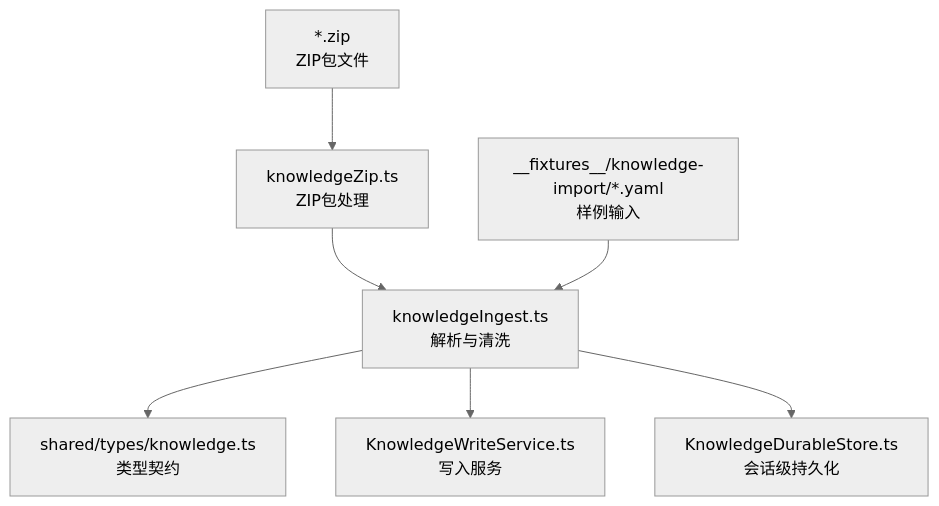
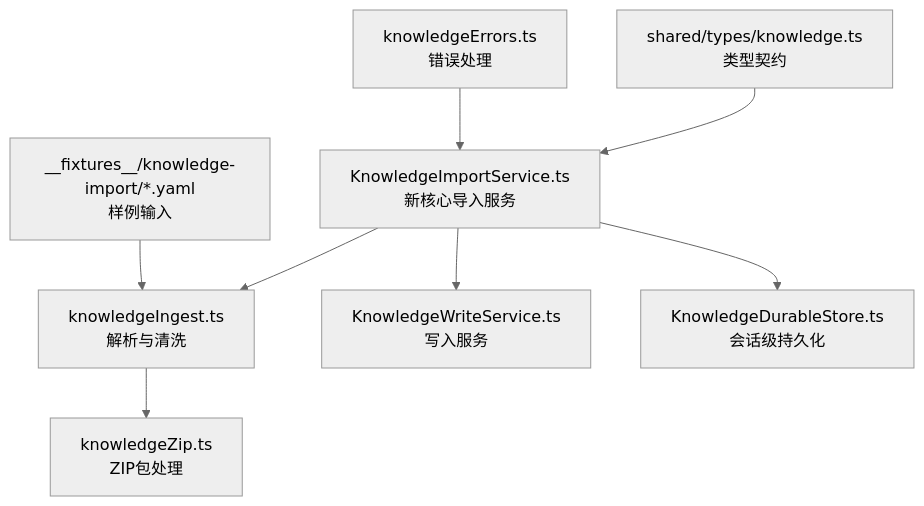
One commit to haolange/RDC-Agent changed the first of 4 diagrams in .qoder/repowiki/zh/content/架构设计/核心组件设计/知识编译服务设计/冷数据导入.md. Above: the diagram before and after it, drawn with Mermaid (neutral theme). The commit also changed other lines of this file and 6 other files, not shown here.

````diff
--- a/.qoder/repowiki/zh/content/架构设计/核心组件设计/知识编译服务设计/冷数据导入.md
+++ b/.qoder/repowiki/zh/content/架构设计/核心组件设计/知识编译服务设计/冷数据导入.md
@@ -46,9 +56,10 @@
 ```mermaid
 graph TB
-A["knowledgeIngest.ts<br/>解析与清洗"] --> B["shared/types/knowledge.ts<br/>类型契约"]
+A["KnowledgeImportService.ts<br/>新核心导入服务"] --> B["knowledgeIngest.ts<br/>解析与清洗"]
 A --> C["KnowledgeWriteService.ts<br/>写入服务"]
 A --> D["KnowledgeDurableStore.ts<br/>会话级持久化"]
-E["knowledgeZip.ts<br/>ZIP包处理"] --> A
-F["__fixtures__/knowledge-import/*.yaml<br/>样例输入"] --> A
-G["*.zip<br/>ZIP包文件"] --> E
+B --> E["knowledgeZip.ts<br/>ZIP包处理"]
+F["shared/types/knowledge.ts<br/>类型契约"] --> A
+G["__fixtures__/knowledge-import/*.yaml<br/>样例输入"] --> B
+H["knowledgeErrors.ts<br/>错误处理"] --> A
 ```
````
